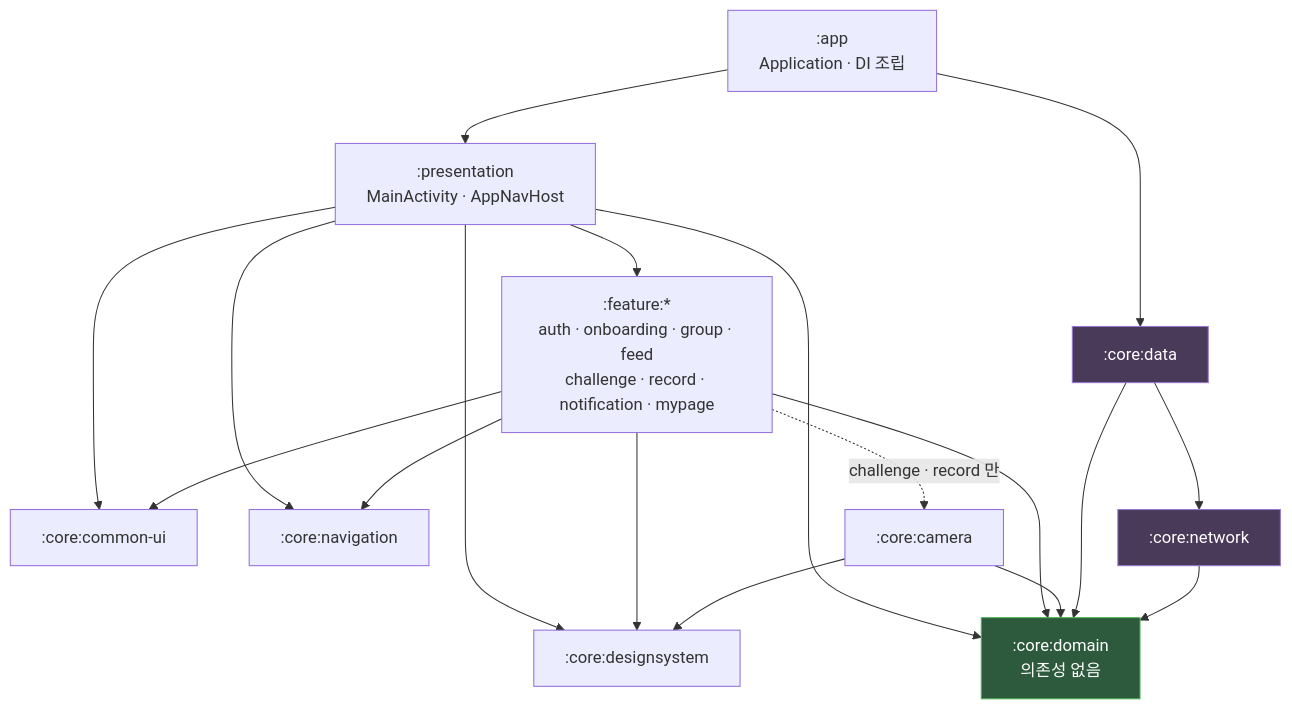
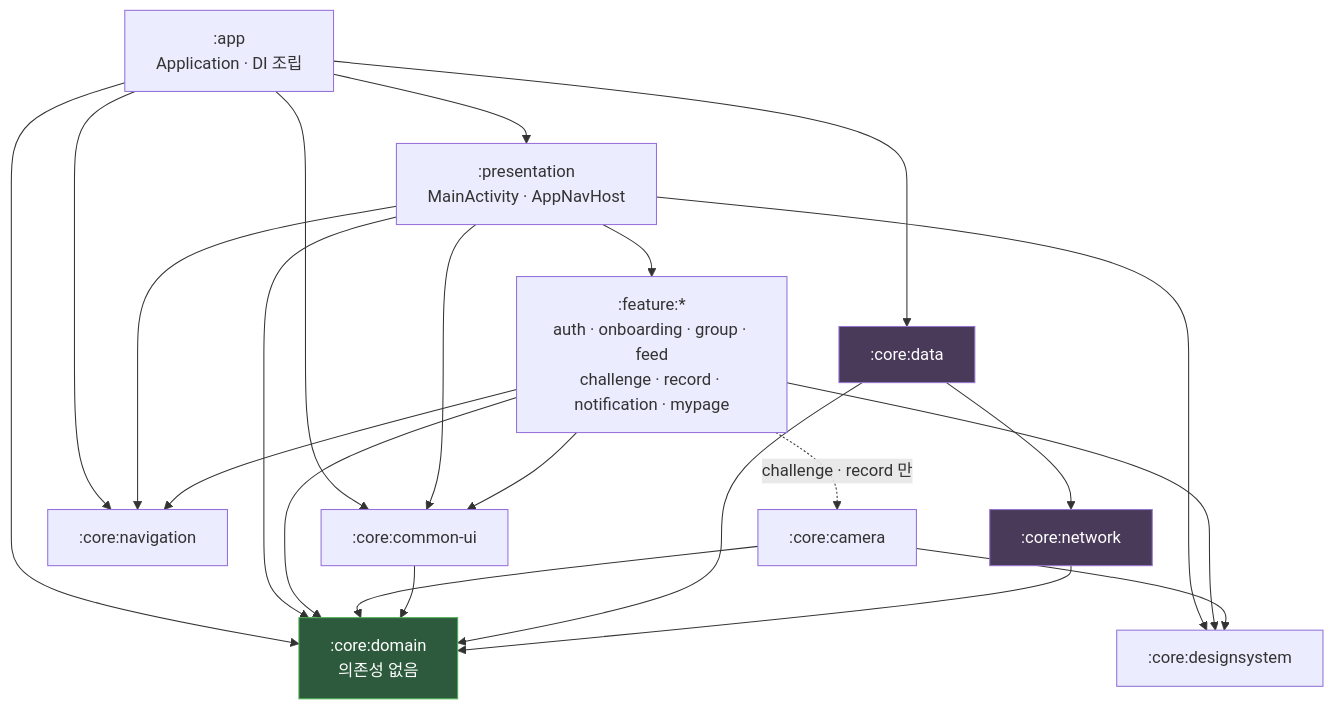
One commit to Central-MakeUs/mody-android changed the diagram in README.md. Above: the diagram before and after it, drawn with Mermaid. The commit also changed other lines of this file, not shown here.

````diff
--- a/README.md
+++ b/README.md
@@ -86,40 +86,45 @@
 ```mermaid
 graph TD
     app[":app<br/>Application · DI 조립"]
     pres[":presentation<br/>MainActivity · AppNavHost"]
     feat[":feature:*<br/>auth · onboarding · group · feed<br/>challenge · record · notification · mypage"]
 
     cui[":core:common-ui"]
     ds[":core:designsystem"]
     nav[":core:navigation"]
     cam[":core:camera"]
     dom[":core:domain<br/>의존성 없음"]
     data[":core:data"]
     net[":core:network"]
 
     app --> pres
     app --> data
+    app --> cui
+    app --> nav
+    app --> dom
     pres --> feat
     pres --> cui
     pres --> ds
     pres --> nav
     pres --> dom
 
     feat --> cui
     feat --> ds
     feat --> nav
     feat --> dom
     feat -. "challenge · record 만" .-> cam
 
     cam --> ds
     cam --> dom
 
+    cui --> dom
+
     data --> dom
     data --> net
     net --> dom
 
     classDef domain fill:#2d5a3d,stroke:#4caf50,color:#fff
     classDef impl fill:#4a3a5a,stroke:#9575cd,color:#fff
     class dom domain
     class data,net impl
 ```
````
